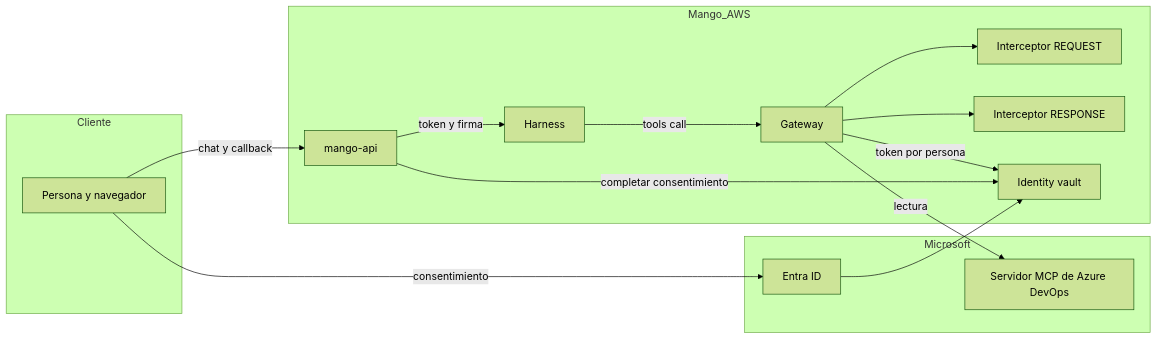
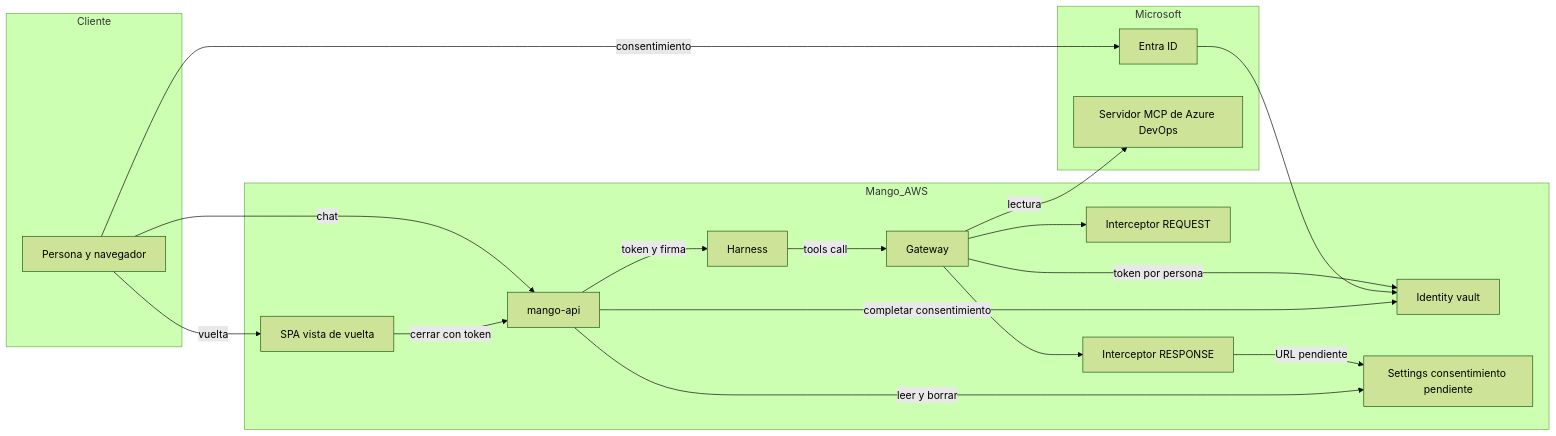
The diagram in docs/security/threat-models/remote-mcp-threat-model.md (jhonmezaa/mango), drawn with Mermaid (forest theme) before and after one commit. The commit also changed other lines of this file and 2 other files, not shown here.

````diff
--- a/docs/security/threat-models/remote-mcp-threat-model.md
+++ b/docs/security/threat-models/remote-mcp-threat-model.md
@@ -71,28 +80,34 @@
 ```mermaid
 flowchart LR
   subgraph Cliente
     U["Persona y navegador"]
   end
   subgraph Mango_AWS
     API["mango-api"]
     H["Harness"]
     GW["Gateway"]
     IREQ["Interceptor REQUEST"]
     IRES["Interceptor RESPONSE"]
     ID["Identity vault"]
+    SPA["SPA vista de vuelta"]
+    SET["Settings consentimiento pendiente"]
   end
   subgraph Microsoft
     ENTRA["Entra ID"]
     ADO["Servidor MCP de Azure DevOps"]
   end
-  U -->|chat y callback| API
+  U -->|chat| API
+  U -->|vuelta| SPA
+  SPA -->|cerrar con token| API
   API -->|token y firma| H
   H -->|tools call| GW
   GW --> IREQ
   GW --> IRES
+  IRES -->|URL pendiente| SET
+  API -->|leer y borrar| SET
   GW -->|token por persona| ID
   GW -->|lectura| ADO
   U -->|consentimiento| ENTRA
   ENTRA --> ID
   API -->|completar consentimiento| ID
 ```
````
